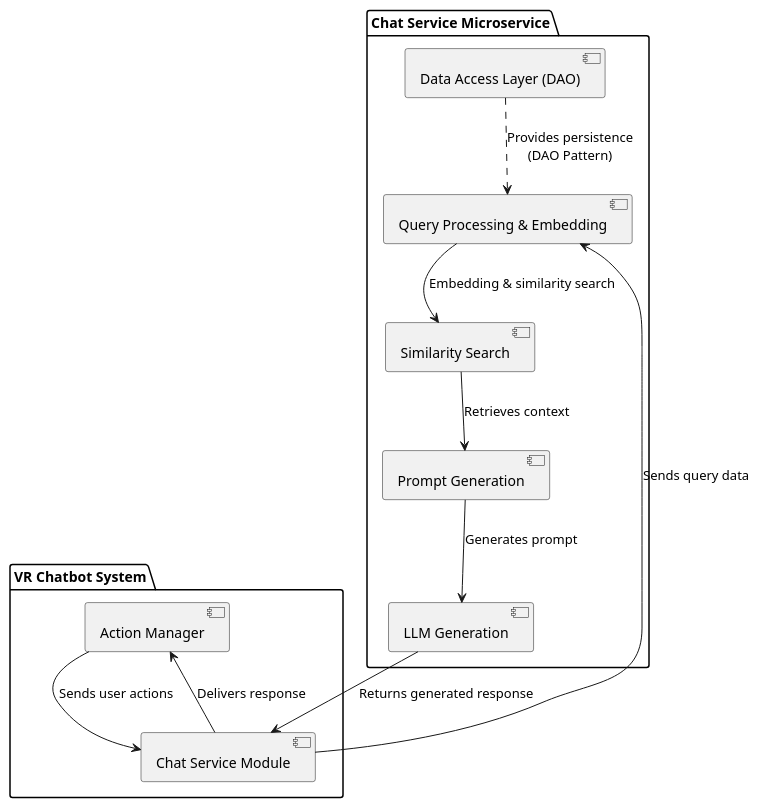
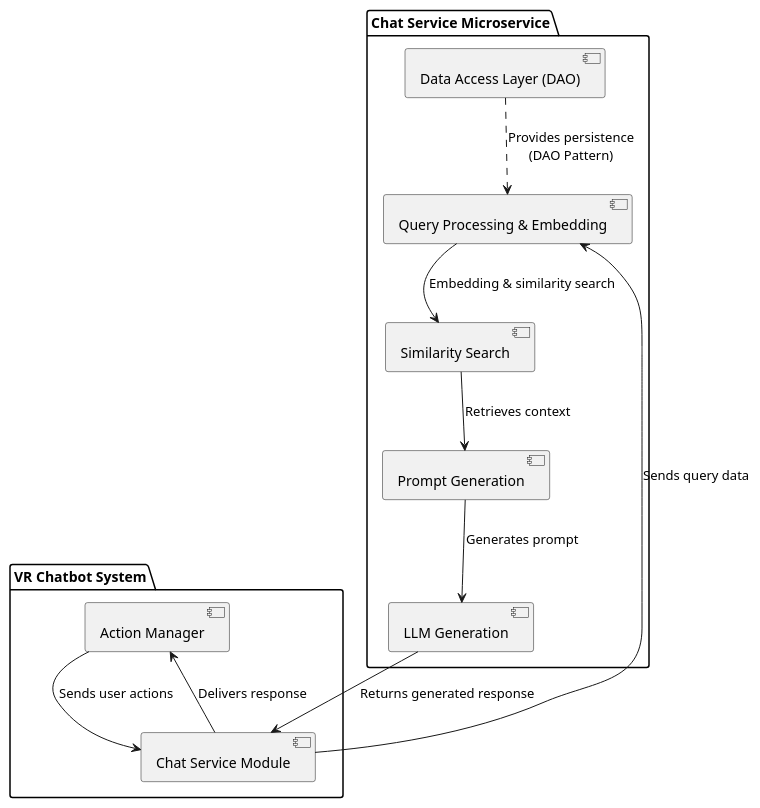
Before and after one commit to IMTEL/RAGdoll: the diagram in docs/architecture/diagrams/logical.puml, drawn with PlantUML. The commit also changed 4 other files, not shown here.

Commit message:
docs: diagrams

```diff
--- a/docs/architecture/diagrams/logical.puml
+++ b/docs/architecture/diagrams/logical.puml
@@ -1,24 +1,26 @@
 @startuml LogicalView
-package "VR Chatbot System" {
-  [Action Manager] as AM
-  [Chat Service Module] as CSM
-}
+
 
 package "Chat Service Microservice" {
   [Query Processing & Embedding] as QPE
   [Similarity Search] as SS
   [Prompt Generation] as PG
   [LLM Generation] as LLMGen
   [Data Access Layer (DAO)] as DAO
+}
+
+package "VR Chatbot System" {
+  [Action Manager] as AM
+  [Chat Service Module] as CSM
 }
 
 AM --> CSM : Sends user actions
 CSM --> QPE : Sends query data
 QPE --> SS : Embedding & similarity search
 SS --> PG : Retrieves context
 PG --> LLMGen : Generates prompt
 LLMGen --> CSM : Returns generated response
 CSM --> AM : Delivers response
 
 DAO ..> QPE : Provides persistence\n(DAO Pattern)
 @enduml
```
